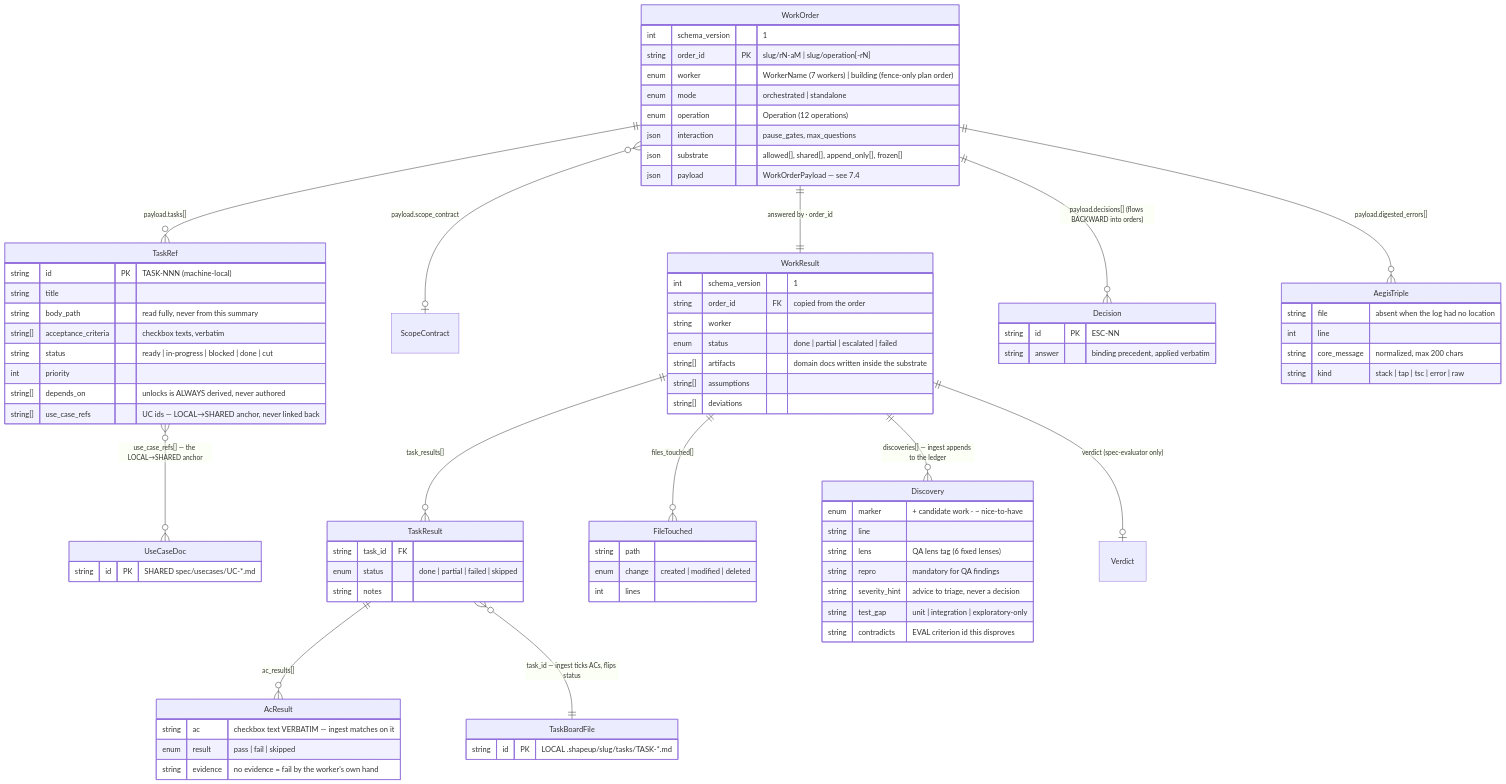
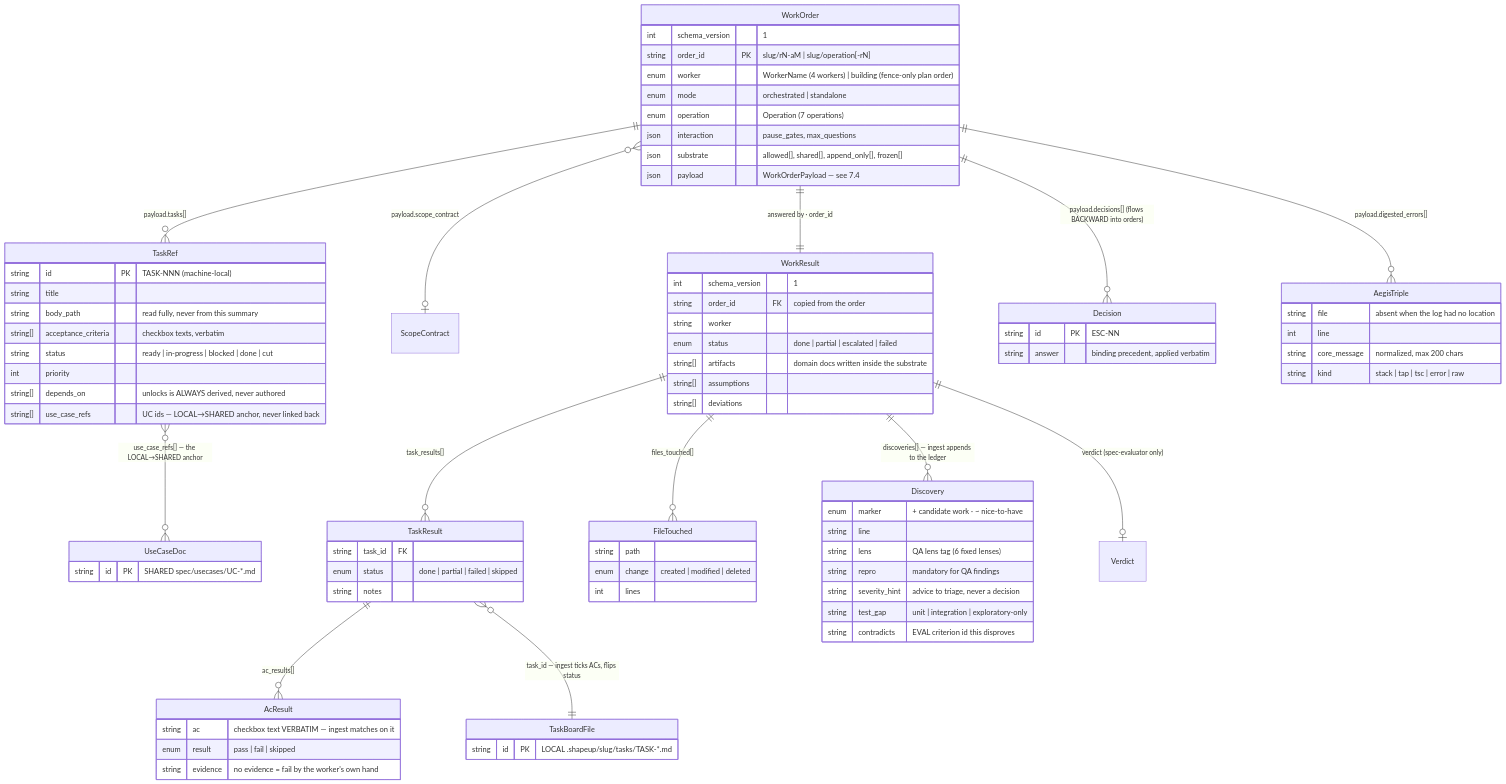
The first of 5 diagrams in docs/design/07-domain-erd.md (nguyenvanphituoc/shapeup-sdlc-plugin), drawn with Mermaid before and after one commit. The commit also changed other lines of this file and 62 other files, not shown here.

```diff
--- a/docs/design/07-domain-erd.md
+++ b/docs/design/07-domain-erd.md
@@ -63,9 +63,9 @@
     WorkOrder {
         int schema_version "1"
         string order_id PK "slug/rN-aM | slug/operation[-rN]"
-        enum worker "WorkerName (7 workers) | building (fence-only plan order)"
+        enum worker "WorkerName (4 workers) | building (fence-only plan order)"
         enum mode "orchestrated | standalone"
-        enum operation "Operation (12 operations)"
+        enum operation "Operation (7 operations)"
         json interaction "pause_gates, max_questions"
         json substrate "allowed[], shared[], append_only[], frozen[]"
         json payload "WorkOrderPayload — see 7.4"
```
